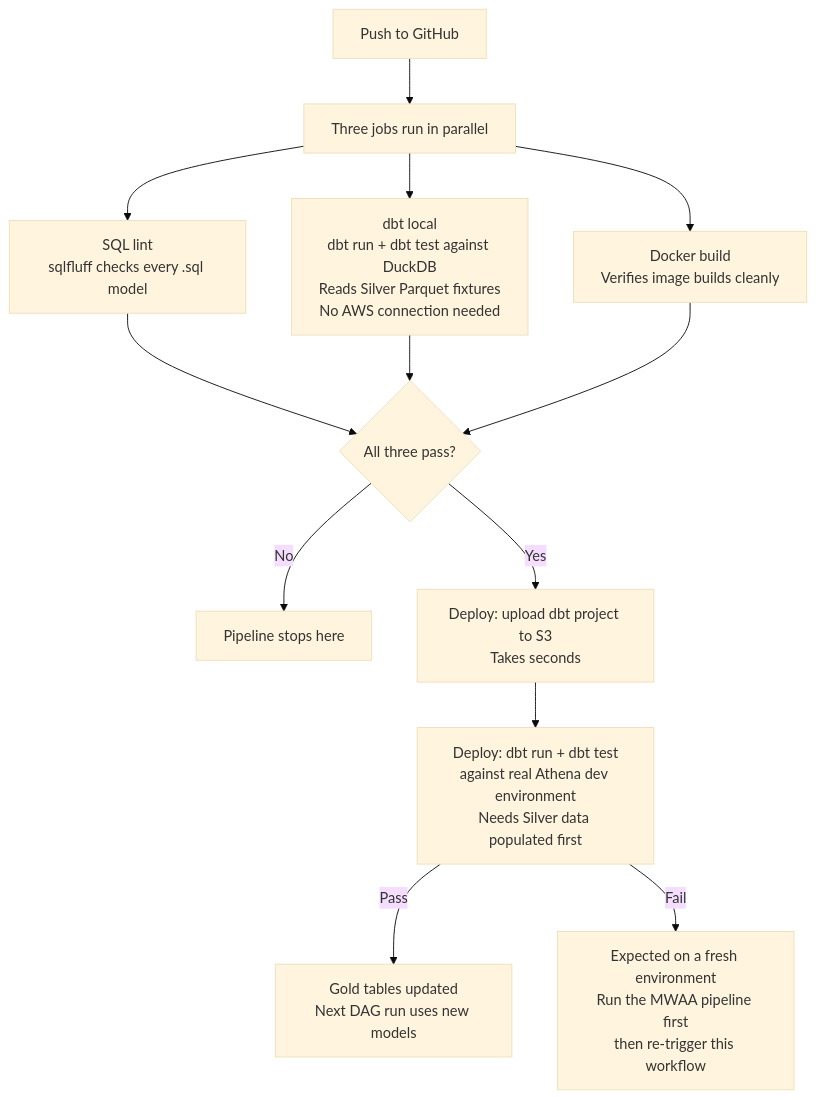
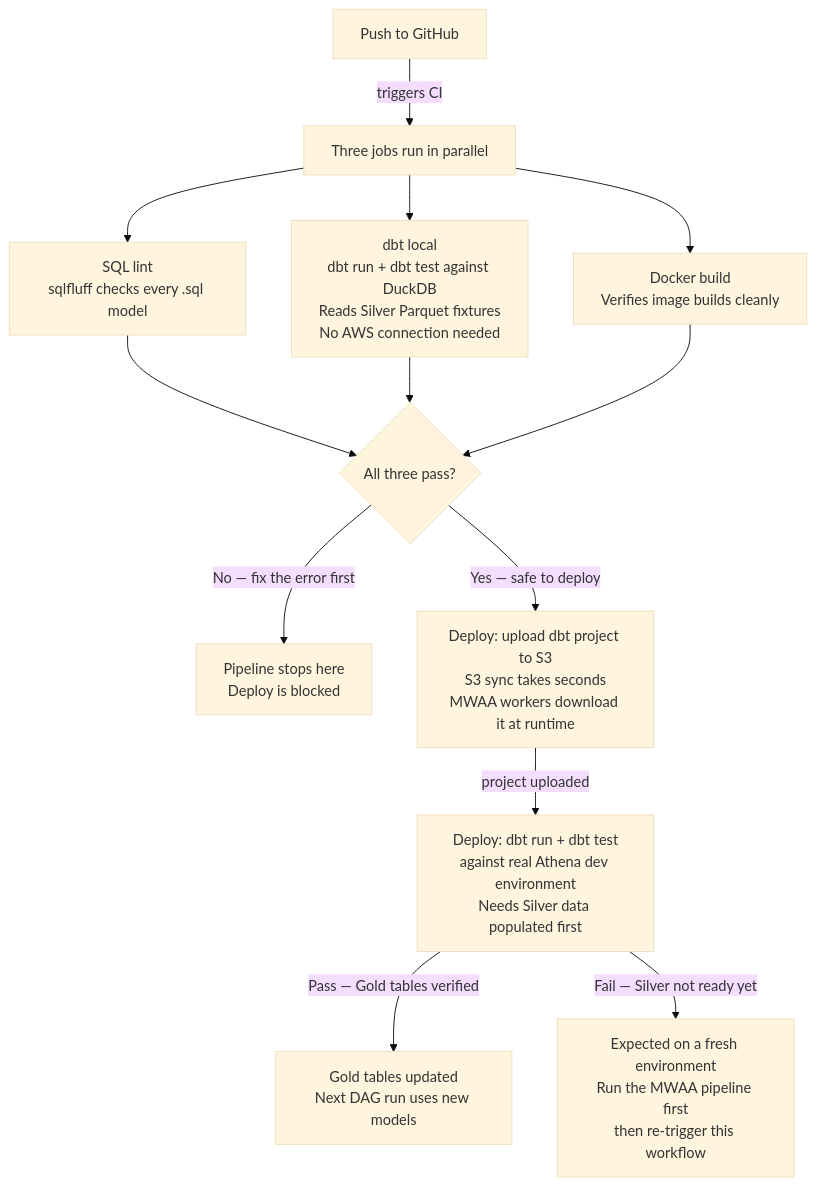
The diagram in README.md (enterprise-data-platform-emeka/platform-dbt-analytics), drawn with Mermaid (base theme) before and after one commit.

Commit message:
Docs: remove brand colors from all Mermaid diagrams

````diff
--- a/README.md
+++ b/README.md
@@ -238,15 +238,15 @@
 ```mermaid
 flowchart TD
-    A[Push to GitHub] --> B[Three jobs run in parallel]
+    A[Push to GitHub] -->|triggers CI| B[Three jobs run in parallel]
     B --> C[SQL lint\nsqlfluff checks every .sql model]
     B --> D[dbt local\ndbt run + dbt test against DuckDB\nReads Silver Parquet fixtures\nNo AWS connection needed]
     B --> E[Docker build\nVerifies image builds cleanly]
     C --> F{All three pass?}
     D --> F
     E --> F
-    F -->|No| G[Pipeline stops here]
-    F -->|Yes| H[Deploy: upload dbt project to S3\nTakes seconds]
-    H --> I[Deploy: dbt run + dbt test\nagainst real Athena dev environment\nNeeds Silver data populated first]
-    I -->|Pass| J[Gold tables updated\nNext DAG run uses new models]
-    I -->|Fail| K[Expected on a fresh environment\nRun the MWAA pipeline first\nthen re-trigger this workflow]
+    F -->|No — fix the error first| G[Pipeline stops here\nDeploy is blocked]
+    F -->|Yes — safe to deploy| H[Deploy: upload dbt project to S3\nS3 sync takes seconds\nMWAA workers download it at runtime]
+    H -->|project uploaded| I[Deploy: dbt run + dbt test\nagainst real Athena dev environment\nNeeds Silver data populated first]
+    I -->|Pass — Gold tables verified| J[Gold tables updated\nNext DAG run uses new models]
+    I -->|Fail — Silver not ready yet| K[Expected on a fresh environment\nRun the MWAA pipeline first\nthen re-trigger this workflow]
 ```
````
